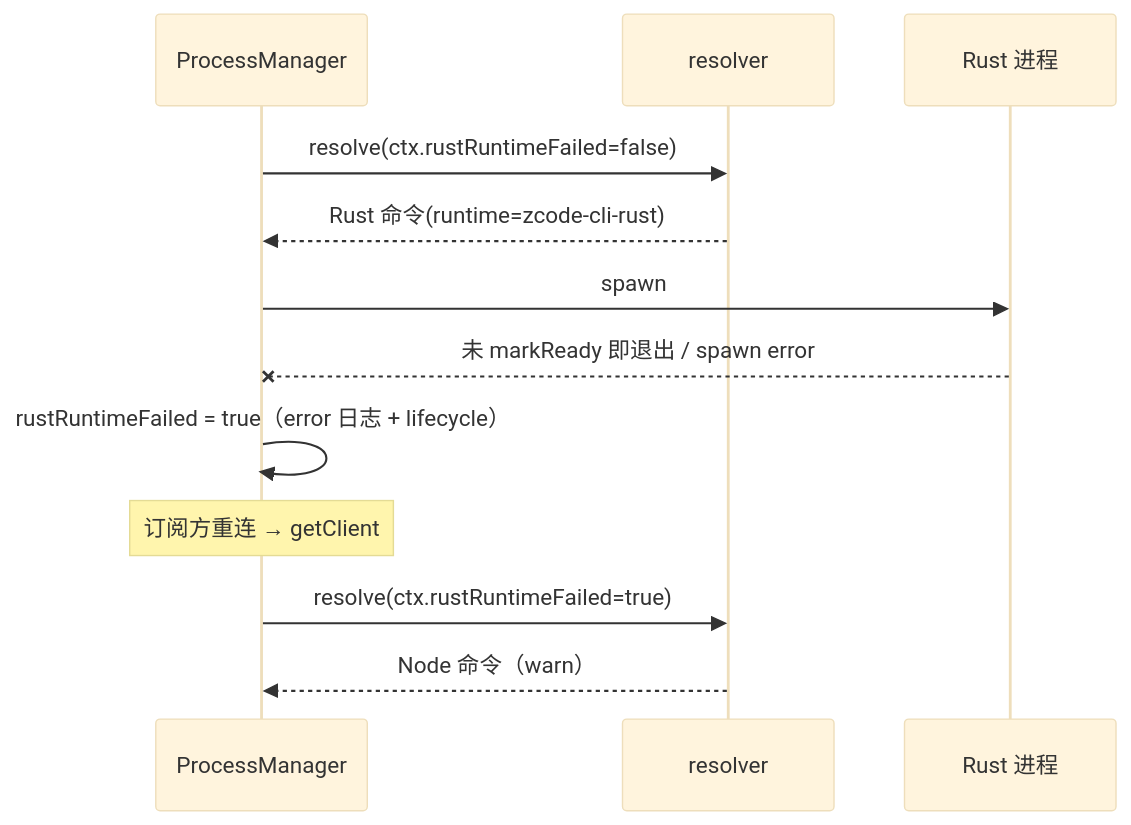
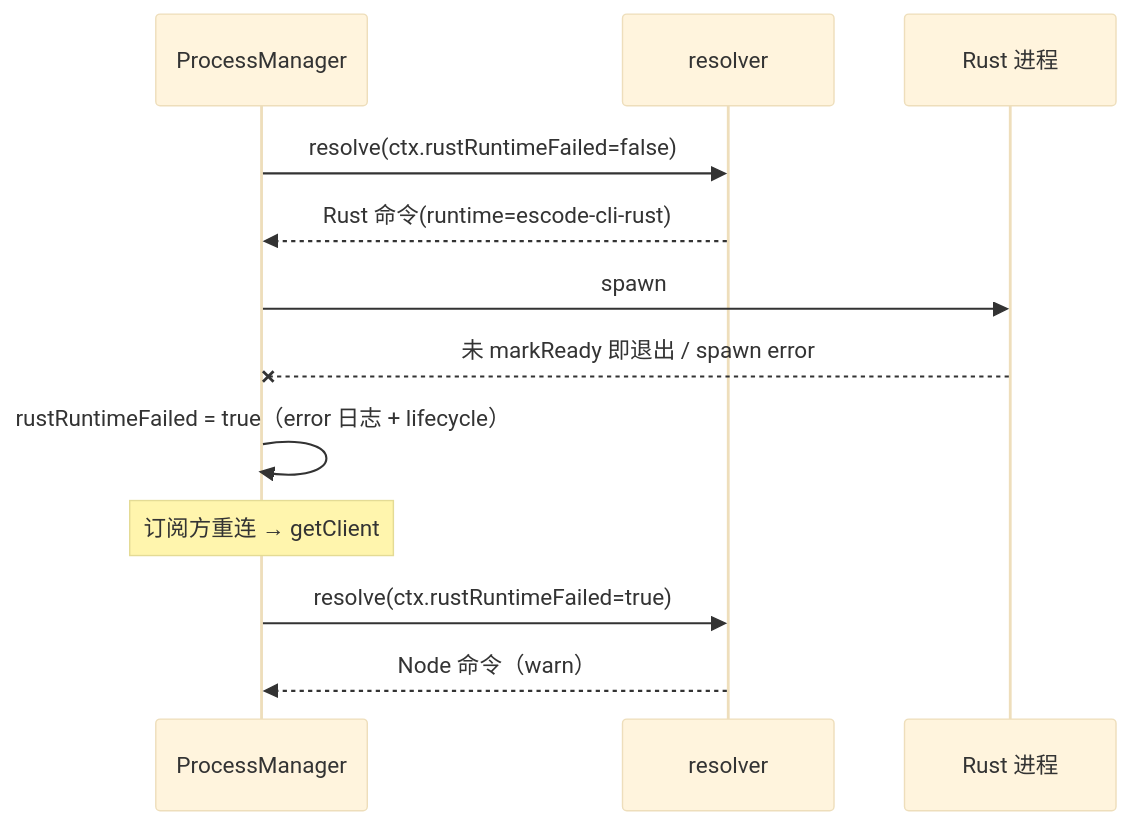
The diagram in docs/specs/rust-packaging.md (sekfung/ESCode), drawn with Mermaid (base theme) before and after one commit. The commit also changed other lines of this file and 5993 other files, not shown here.

````diff
--- a/docs/specs/rust-packaging.md
+++ b/docs/specs/rust-packaging.md
@@ -32,14 +32,14 @@
 ```mermaid
 sequenceDiagram
   participant M as ProcessManager
   participant R as resolver
   participant P as Rust 进程
   M->>R: resolve(ctx.rustRuntimeFailed=false)
-  R-->>M: Rust 命令(runtime=zcode-cli-rust)
+  R-->>M: Rust 命令(runtime=escode-cli-rust)
   M->>P: spawn
   P--xM: 未 markReady 即退出 / spawn error
   M->>M: rustRuntimeFailed = true（error 日志 + lifecycle）
   Note over M: 订阅方重连 → getClient
   M->>R: resolve(ctx.rustRuntimeFailed=true)
   R-->>M: Node 命令（warn）
 ```
````
